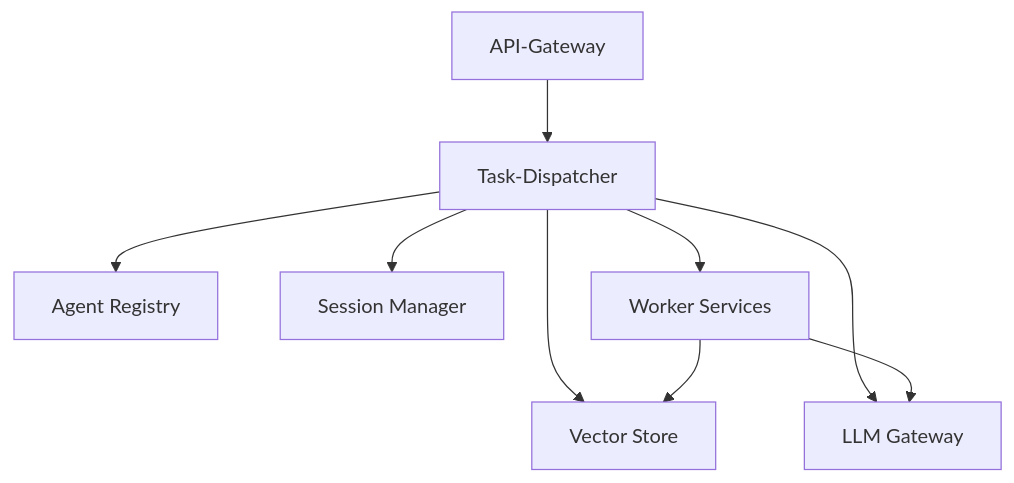
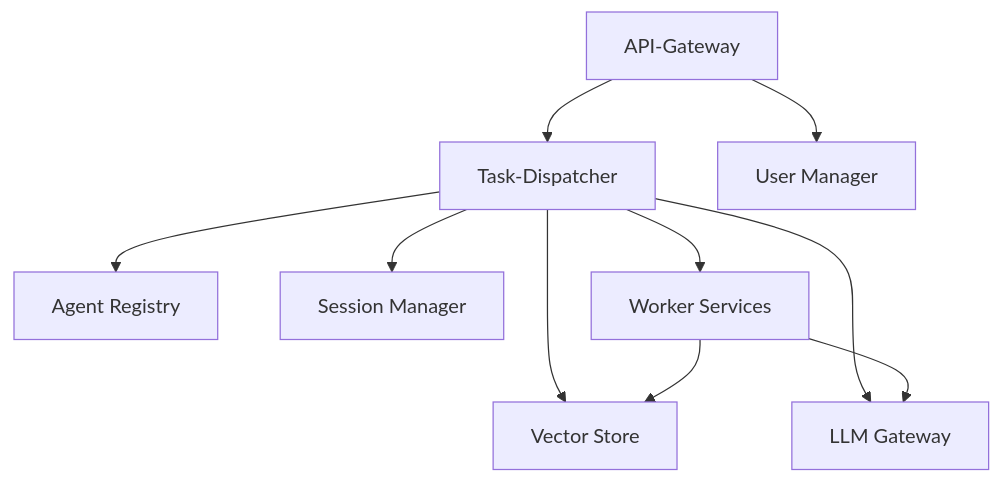
One commit to Modularium/Agent-NN changed the first of 2 diagrams in docs/architecture/overview_mcp.md. Above: the diagram before and after it, drawn with Mermaid. The commit also changed other lines of this file and 17 other files, not shown here.

Commit message:
Add user manager service

````diff
--- a/docs/architecture/overview_mcp.md
+++ b/docs/architecture/overview_mcp.md
@@ -5,11 +5,12 @@
 ```mermaid
 graph TD
     A[API-Gateway] --> B[Task-Dispatcher]
+    A --> U[User Manager]
     B --> C[Agent Registry]
     B --> D[Session Manager]
     B --> E[Worker Services]
     B --> F[Vector Store]
     B --> G[LLM Gateway]
     E --> F
     E --> G
 ```
````
